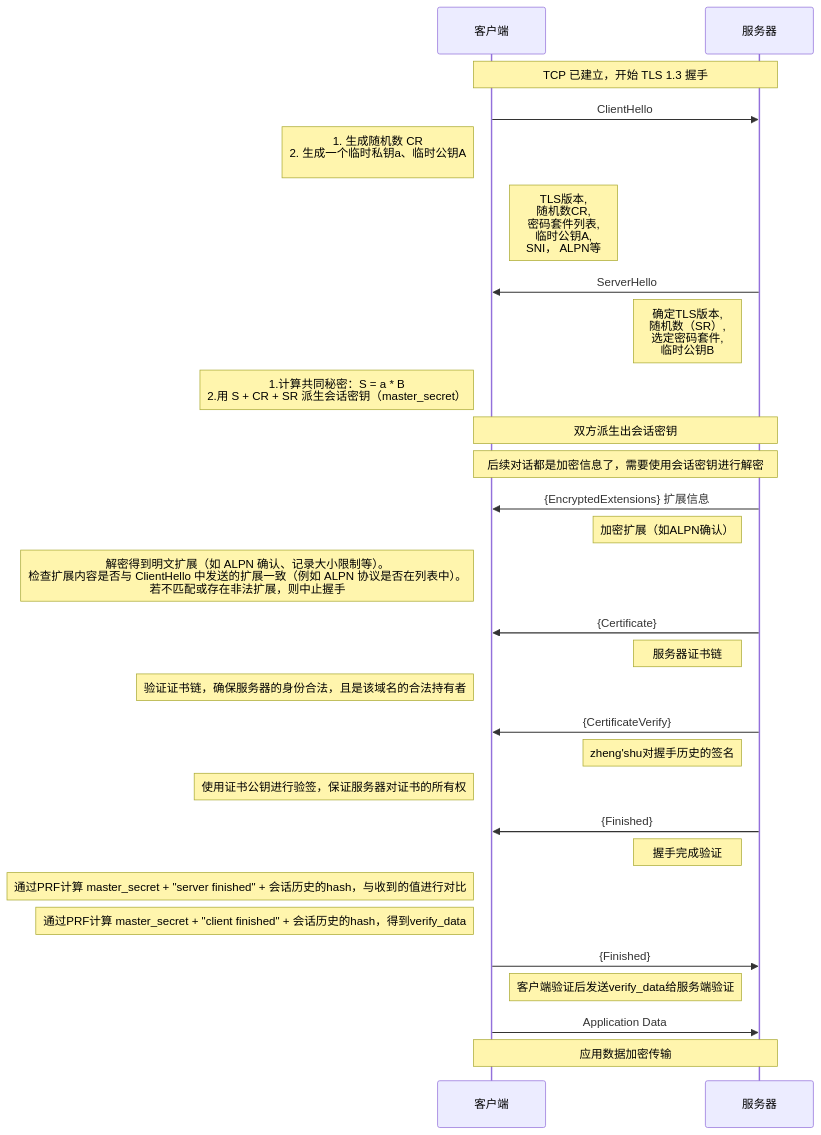
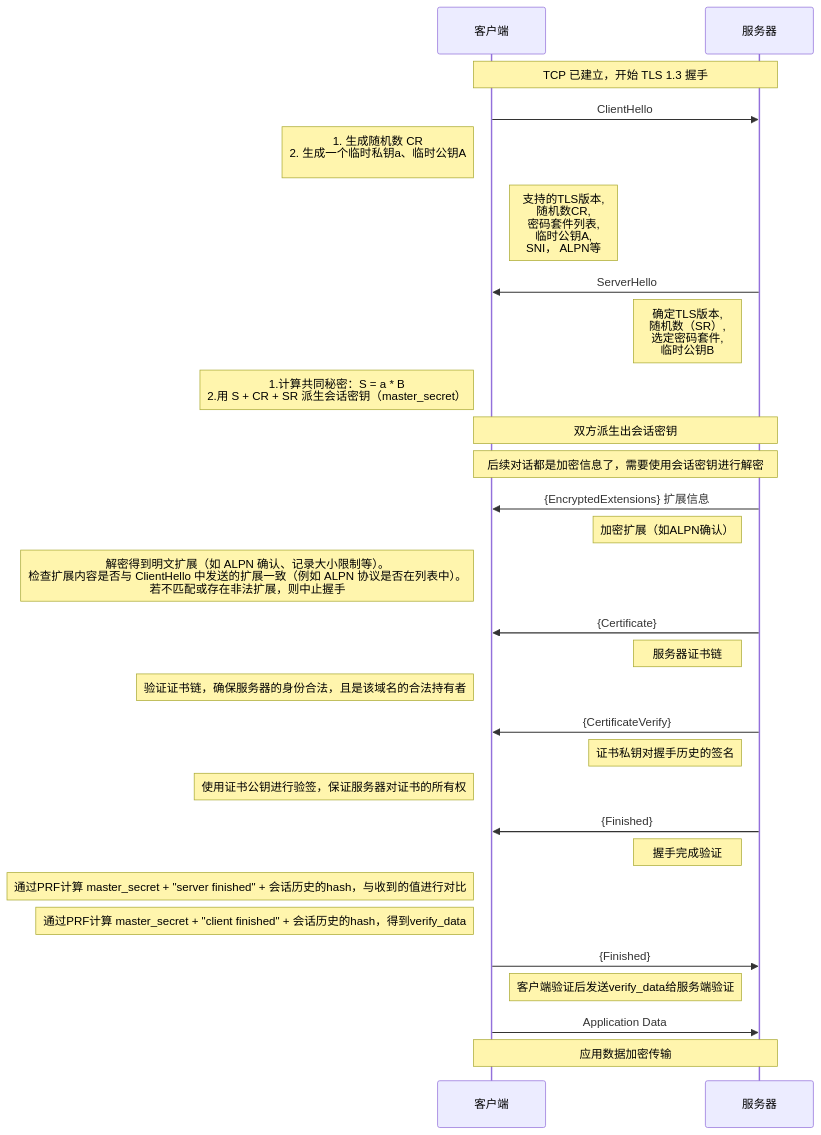
Before and after one commit to HY-10-8/iodraw-files: the diagram in all/TLS-1.3-通用.md, drawn with Mermaid.

Commit message:
2026-03-31 10:20:09 update

````diff
--- a/all/TLS-1.3-通用.md
+++ b/all/TLS-1.3-通用.md
@@ -1,41 +1,41 @@
 ```mermaid
 sequenceDiagram
     participant C as 客户端
     participant S as 服务器
 
     Note over C,S: TCP 已建立，开始 TLS 1.3 握手
 
     C->>S: ClientHello
     Note left of C: 1. 生成随机数 CR<br/> 2. 生成一个临时私钥a、临时公钥A<br/>
-    Note right of C: TLS版本,<br/> 随机数CR,<br/> 密码套件列表,<br/> 临时公钥A,<br/> SNI， ALPN等
+    Note right of C: 支持的TLS版本,<br/> 随机数CR,<br/> 密码套件列表,<br/> 临时公钥A,<br/> SNI， ALPN等
 
     S->>C: ServerHello
     Note left of S: 确定TLS版本, <br/>随机数（SR）,<br/> 选定密码套件, <br/>临时公钥B
     Note left of C: 1.计算共同秘密：S = a * B<br/> 2.用 S + CR + SR 派生会话密钥（master_secret）
 
     Note over C,S: 双方派生出会话密钥
     Note over C,S: 后续对话都是加密信息了，需要使用会话密钥进行解密
 
     S->>C: {EncryptedExtensions} 扩展信息
     Note left of S: 加密扩展（如ALPN确认）
     Note left of C: 解密得到明文扩展（如 ALPN 确认、记录大小限制等）。<br/>检查扩展内容是否与 ClientHello 中发送的扩展一致（例如 ALPN 协议是否在列表中）。<br/> 若不匹配或存在非法扩展，则中止握手
 
     S->>C: {Certificate}
     Note left of S: 服务器证书链
     Note left of C: 验证证书链，确保服务器的身份合法，且是该域名的合法持有者
 
     S->>C: {CertificateVerify}
-    Note left of S: zheng'shu对握手历史的签名
+    Note left of S: 证书私钥对握手历史的签名
     Note left of C: 使用证书公钥进行验签，保证服务器对证书的所有权
 
     S->>C: {Finished}
     Note left of S: 握手完成验证
     Note left of C: 通过PRF计算 master_secret + "server finished" + 会话历史的hash，与收到的值进行对比
     Note left of C: 通过PRF计算 master_secret + "client finished" + 会话历史的hash，得到verify_data
 
     C->>S: {Finished}
     Note right of C: 客户端验证后发送verify_data给服务端验证
 
     C->>S: Application Data
     Note over C,S: 应用数据加密传输
 ```
````
